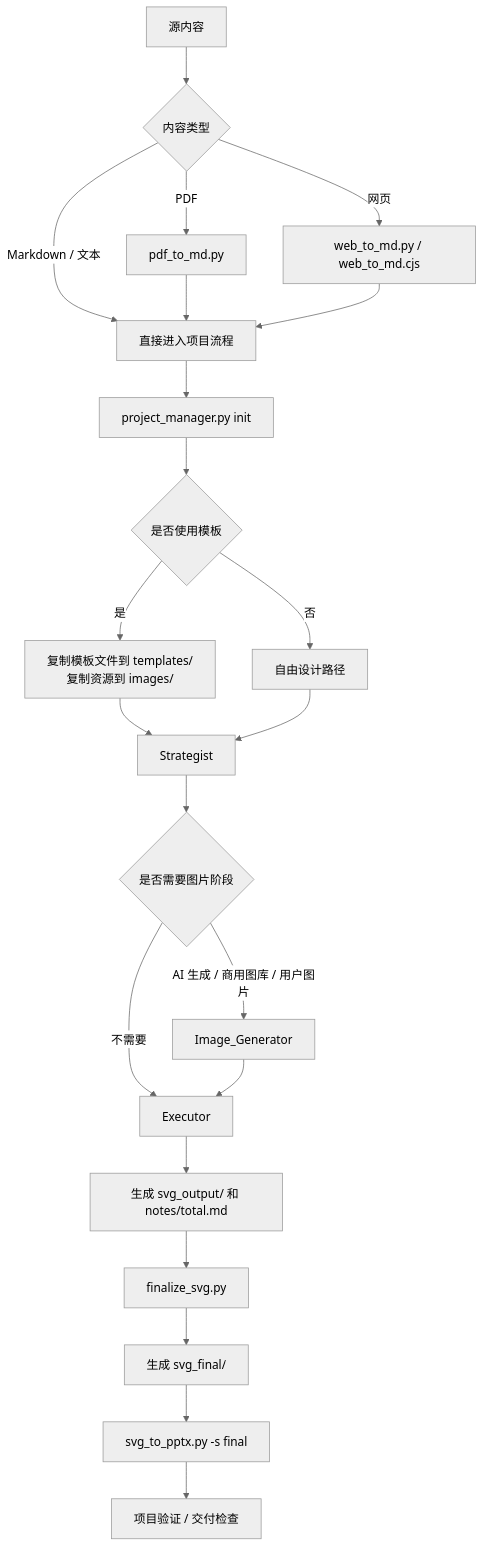
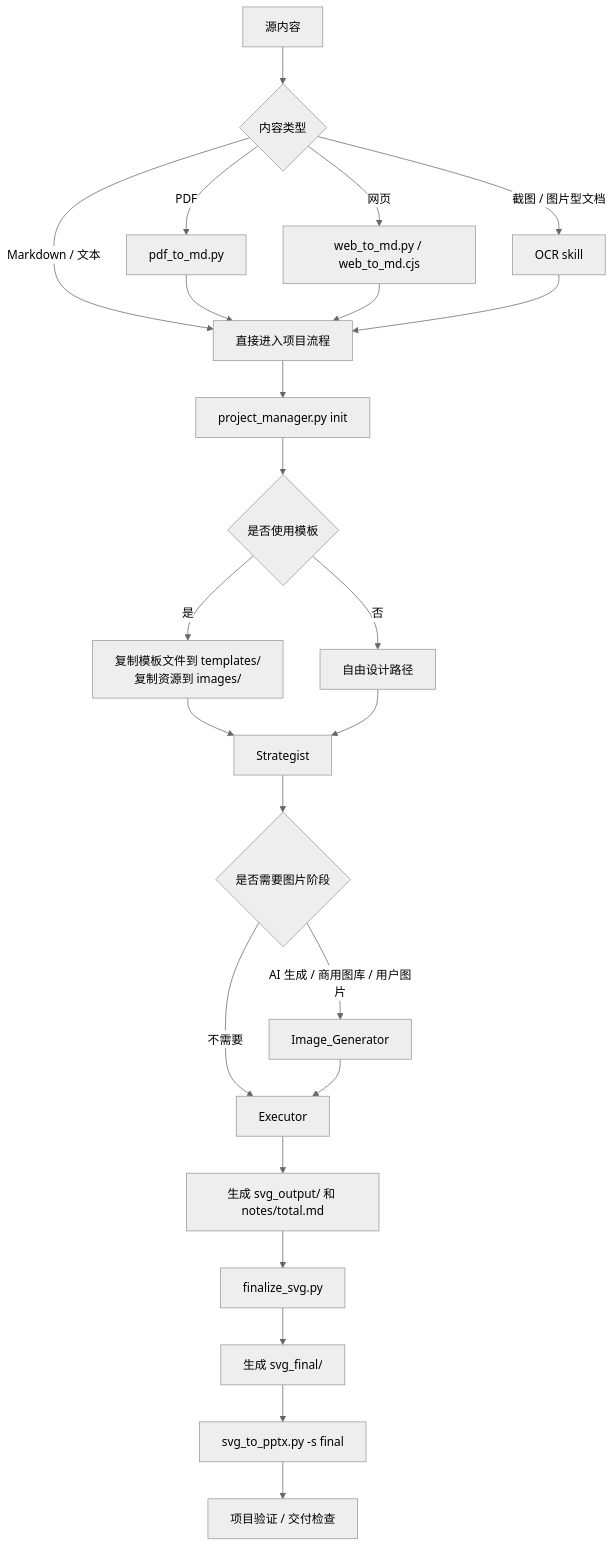
The diagram in skills/ppt_master_workflow/docs/ppt_workflow_operator_manual.md (funenc-lab/slidemax), drawn with Mermaid (neutral theme) before and after one commit. The commit also changed other lines of this file and 83 other files, not shown here.

````diff
--- a/skills/ppt_master_workflow/docs/ppt_workflow_operator_manual.md
+++ b/skills/ppt_master_workflow/docs/ppt_workflow_operator_manual.md
@@ -25,24 +25,26 @@
 ```mermaid
 graph TD
     A[源内容] --> B{内容类型}
     B -->|PDF| C[pdf_to_md.py]
     B -->|网页| D[web_to_md.py / web_to_md.cjs]
+    B -->|截图 / 图片型文档| D2[OCR skill]
     B -->|Markdown / 文本| E[直接进入项目流程]
     C --> E
     D --> E
+    D2 --> E
     E --> F[project_manager.py init]
     F --> G{是否使用模板}
     G -->|是| H[复制模板文件到 templates/\n复制资源到 images/]
     G -->|否| I[自由设计路径]
     H --> J[Strategist]
     I --> J
     J --> K{是否需要图片阶段}
     K -->|AI 生成 / 商用图库 / 用户图片| L[Image_Generator]
     K -->|不需要| M[Executor]
     L --> M
     M --> N[生成 svg_output/ 和 notes/total.md]
     N --> O[finalize_svg.py]
     O --> P[生成 svg_final/]
     P --> Q[svg_to_pptx.py -s final]
     Q --> R[项目验证 / 交付检查]
 ```
````
